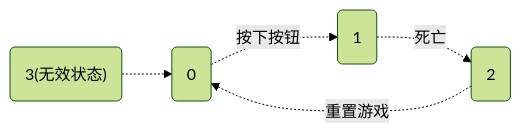
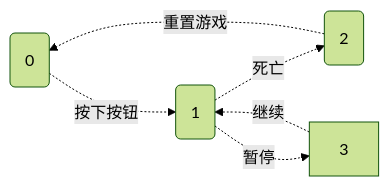
One commit to FUTURETECH6/FlappyBird changed the fifth of 6 diagrams in _MYDOC/Report.md. Above: the diagram before and after it, drawn with Mermaid (forest theme). The commit also changed other lines of this file and 353 other files, not shown here.

````diff
--- a/_MYDOC/Report.md
+++ b/_MYDOC/Report.md
@@ -140,8 +266,9 @@
 ```mermaid
 graph LR
 
 0(0) -.按下按钮.-> 1(1)
 1 -.死亡.-> 2(2)
 2 -.重置游戏.-> 0
-3("3(无效状态)") .-> 0
+1 -.暂停.-> 3
+3 -.继续.-> 1
 ```
````
